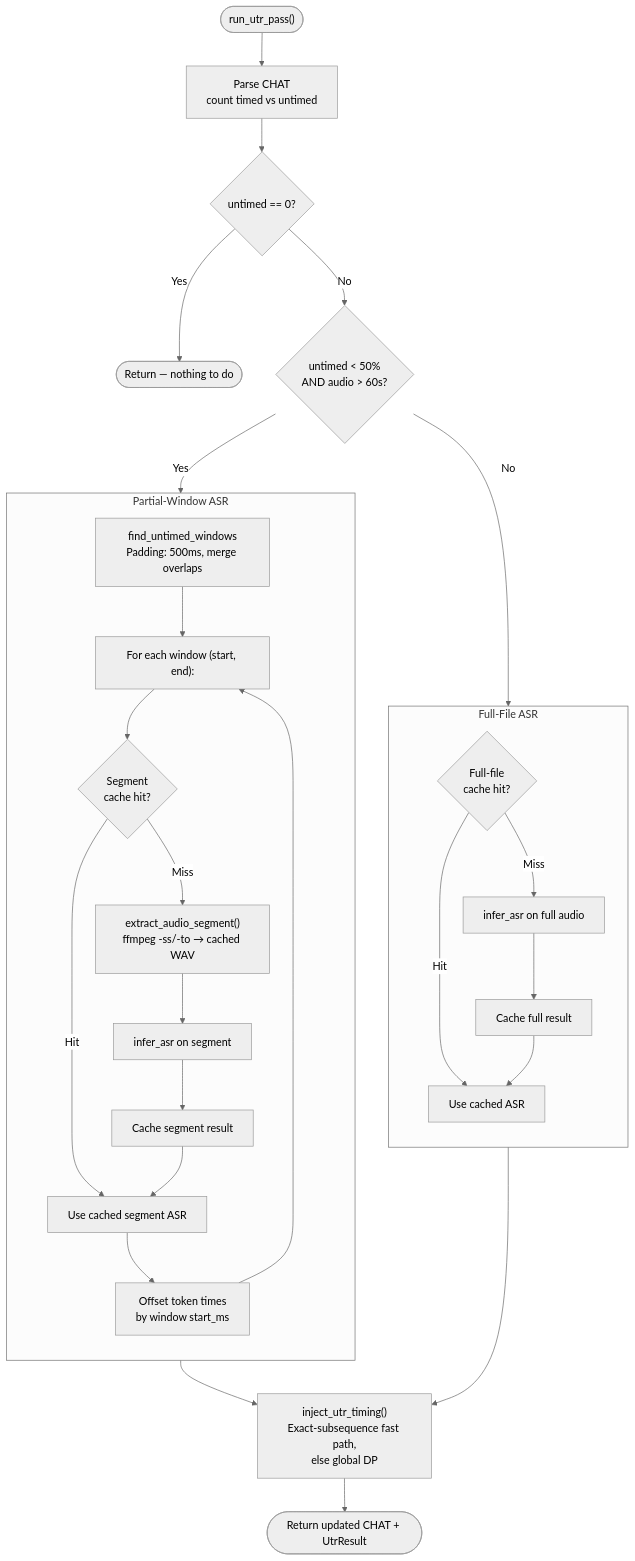
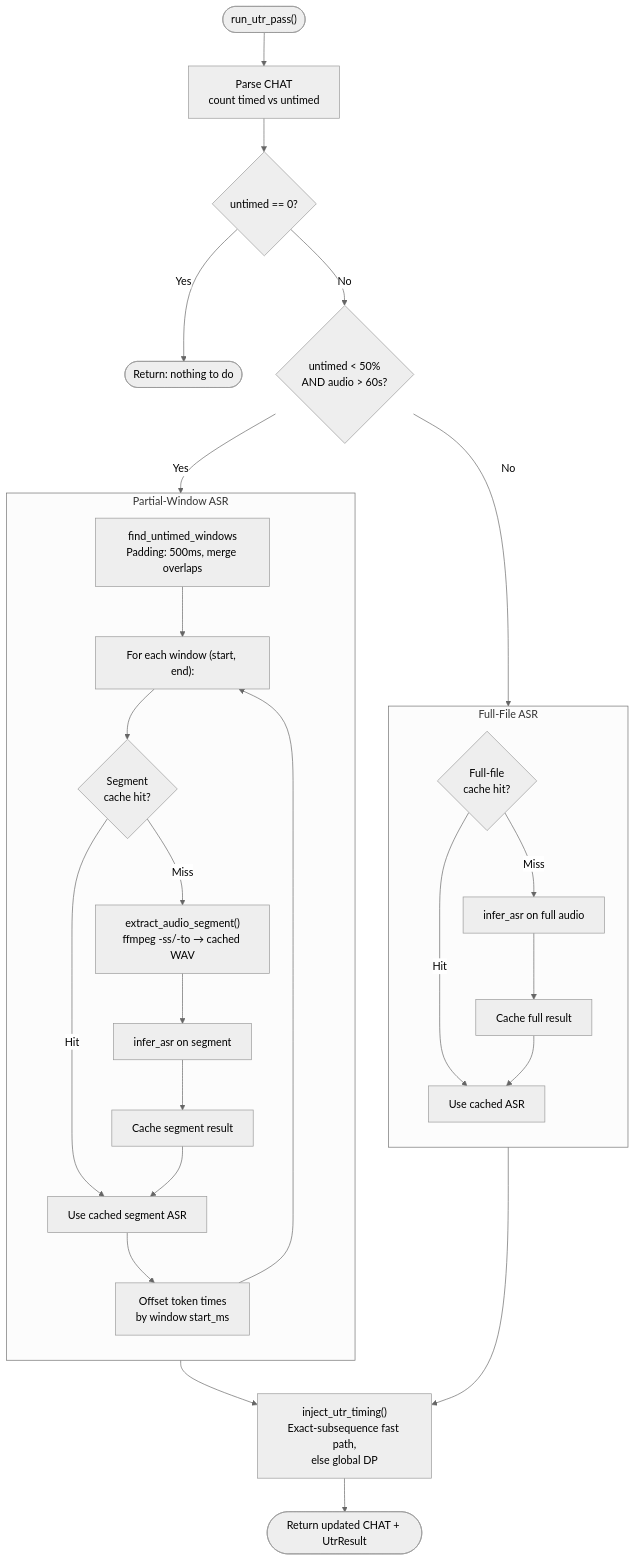
One commit to TalkBank/talkbank-tools changed the third of 4 diagrams in book/src/batchalign/user-guide/commands/align.md. Above: the diagram before and after it, drawn with Mermaid (neutral theme). The commit also changed other lines of this file and 706 other files, not shown here.

````diff
--- a/book/src/batchalign/user-guide/commands/align.md
+++ b/book/src/batchalign/user-guide/commands/align.md
@@ -181,40 +181,40 @@
 ```mermaid
 flowchart TD
     entry(["run_utr_pass()"]) --> parse[Parse CHAT\ncount timed vs untimed]
     parse --> zero{untimed == 0?}
-    zero -->|Yes| noop([Return — nothing to do])
+    zero -->|Yes| noop([Return: nothing to do])
     zero -->|No| ratio{untimed < 50%\nAND audio > 60s?}
 
     ratio -->|Yes| partial_mode
 
     subgraph partial_mode [Partial-Window ASR]
         direction TB
         pw_find[find_untimed_windows\nPadding: 500ms, merge overlaps]
         pw_find --> pw_loop["For each window (start, end):"]
         pw_loop --> pw_seg_cache{Segment\ncache hit?}
         pw_seg_cache -->|Hit| pw_use[Use cached segment ASR]
         pw_seg_cache -->|Miss| pw_extract["extract_audio_segment()\nffmpeg -ss/-to → cached WAV"]
         pw_extract --> pw_infer[infer_asr on segment]
         pw_infer --> pw_store[Cache segment result]
         pw_store --> pw_use
         pw_use --> pw_offset[Offset token times\nby window start_ms]
         pw_offset --> pw_loop
     end
 
     ratio -->|No| full_mode
 
     subgraph full_mode [Full-File ASR]
         direction TB
         ff_cache{Full-file\ncache hit?}
         ff_cache -->|Hit| ff_use[Use cached ASR]
         ff_cache -->|Miss| ff_infer[infer_asr on full audio]
         ff_infer --> ff_store[Cache full result]
         ff_store --> ff_use
     end
 
     partial_mode --> inject
     full_mode --> inject
 
     inject["inject_utr_timing()\nExact-subsequence fast path,\nelse global DP"]
     inject --> result([Return updated CHAT + UtrResult])
 ```
````
